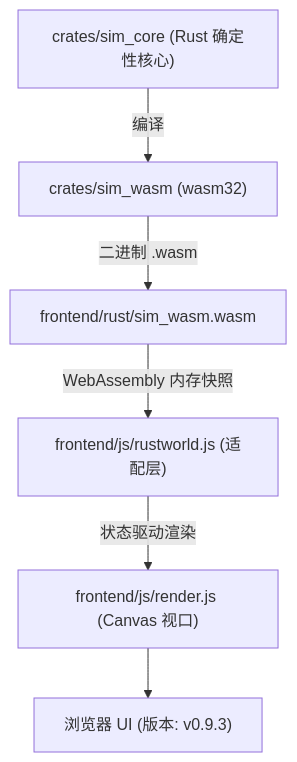
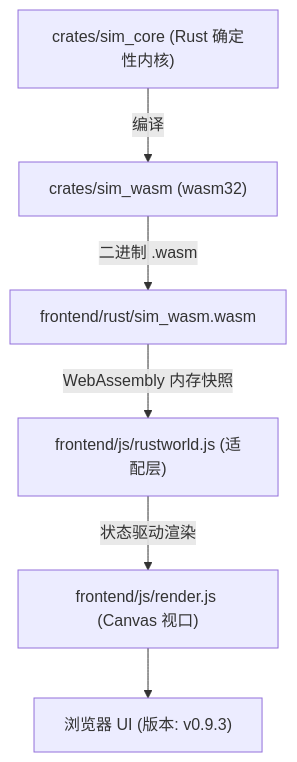
One commit to g39088902/FlowAndAccord changed the diagram in AGENTS.md. Above: the diagram before and after it, drawn with Mermaid. The commit also changed other lines of this file and 12 other files, not shown here.

Commit message:
feat(sim_core): 重构决策子系统为模块化目录，增加POI储量门槛与中途平滑折返机制，延长决策周期至30tick

````diff
--- a/AGENTS.md
+++ b/AGENTS.md
@@ -34,8 +28,8 @@
 ```mermaid
 graph TD
-    A["crates/sim_core (Rust 确定性核心)"] -->|编译| B["crates/sim_wasm (wasm32)"]
+    A["crates/sim_core (Rust 确定性内核)"] -->|编译| B["crates/sim_wasm (wasm32)"]
     B -->|二进制 .wasm| C["frontend/rust/sim_wasm.wasm"]
     C -->|WebAssembly 内存快照| D["frontend/js/rustworld.js (适配层)"]
     D -->|状态驱动渲染| E["frontend/js/render.js (Canvas 视口)"]
     E --> F["浏览器 UI (版本: v0.9.3)"]
 ```
````
